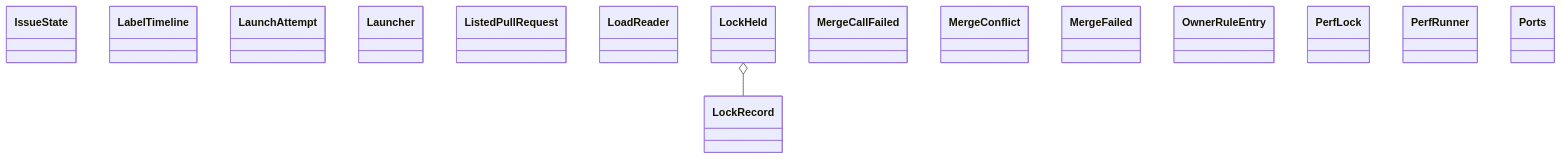
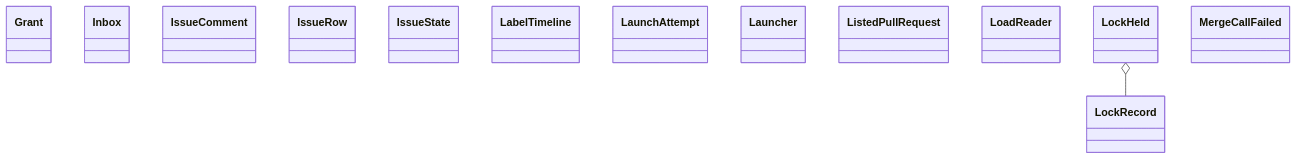
One commit to GonzaloZevallos/agentic-system changed the diagram in docs/architecture/generated/classes-process-application-support-3.md. Above: the diagram before and after it, drawn with Mermaid. The commit also changed other lines of this file and 43 other files, not shown here.

````diff
--- a/docs/architecture/generated/classes-process-application-support-3.md
+++ b/docs/architecture/generated/classes-process-application-support-3.md
@@ -18,19 +19,17 @@
 ```mermaid
 classDiagram
+    class ports__Grant["Grant"]
+    class ports__Inbox["Inbox"]
+    class ports__IssueComment["IssueComment"]
+    class ports__IssueRow["IssueRow"]
     class ports__IssueState["IssueState"]
     class ports__LabelTimeline["LabelTimeline"]
     class ports__LaunchAttempt["LaunchAttempt"]
     class ports__Launcher["Launcher"]
     class ports__ListedPullRequest["ListedPullRequest"]
     class ports__LoadReader["LoadReader"]
     class ports__LockHeld["LockHeld"]
     class ports__LockRecord["LockRecord"]
     class ports__MergeCallFailed["MergeCallFailed"]
-    class ports__MergeConflict["MergeConflict"]
-    class ports__MergeFailed["MergeFailed"]
-    class ports__OwnerRuleEntry["OwnerRuleEntry"]
-    class ports__PerfLock["PerfLock"]
-    class ports__PerfRunner["PerfRunner"]
-    class ports__Ports["Ports"]
     ports__LockHeld o-- ports__LockRecord
 ```
````
